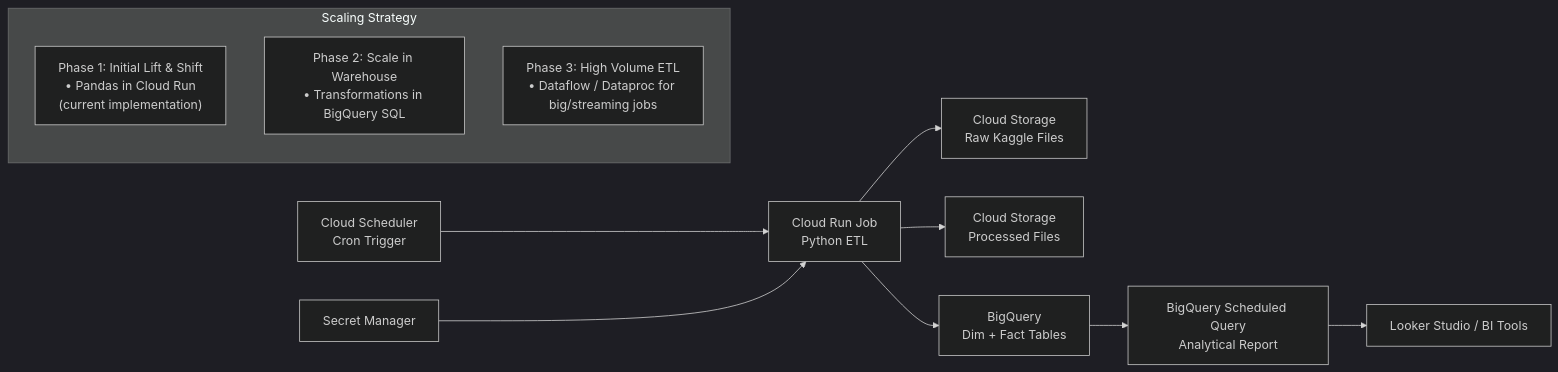
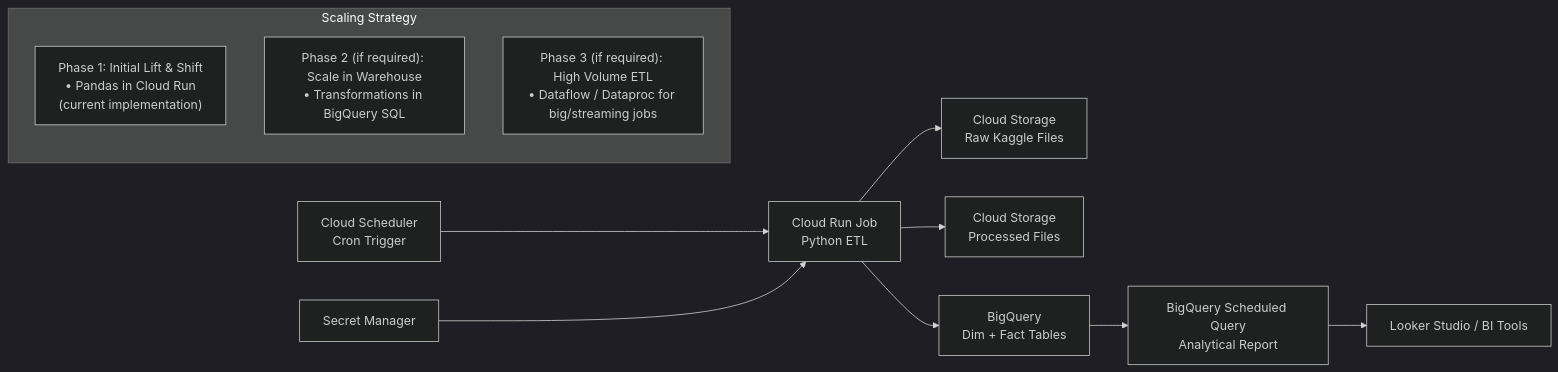
The diagram in gcp_architecture.md (arthurlouieferrari-dot/supermarket-etl-gcp), drawn with Mermaid (dark theme) before and after one commit.

````diff
--- a/gcp_architecture.md
+++ b/gcp_architecture.md
@@ -3,26 +3,26 @@
 ```mermaid
 flowchart LR
     CS[Cloud Scheduler<br/>Cron Trigger]
     CR[Cloud Run Job<br/>Python ETL]
     SM[Secret Manager]
     RAW[Cloud Storage<br/>Raw Kaggle Files]
     PROC[Cloud Storage<br/>Processed Files]
     BQ[BigQuery<br/>Dim + Fact Tables]
     BQREP[BigQuery Scheduled Query<br/>Analytical Report]
     BI[Looker Studio / BI Tools]
 
     CS --> CR
     SM --> CR
     CR --> RAW
     CR --> PROC
     CR --> BQ
     BQ --> BQREP
     BQREP --> BI
 
     %% Strategy Notes (Not connected to graph)
     subgraph Scale [Scaling Strategy]
-        A["Phase 1: Initial Lift & Shift\n• Pandas in Cloud Run\n(current implementation)"]
-        B["Phase 2: Scale in Warehouse\n• Transformations in BigQuery SQL"]
-        C["Phase 3: High Volume ETL\n• Dataflow / Dataproc for big/streaming jobs"]
+        A["Phase 1: Initial Lift & Shift<br/>• Pandas in Cloud Run\n(current implementation)"]
+        B["Phase 2 (if required): Scale in Warehouse<br/>• Transformations in BigQuery SQL"]
+        C["Phase 3 (if required): High Volume ETL<br/>• Dataflow / Dataproc for big/streaming jobs"]
     end
 ```
````
